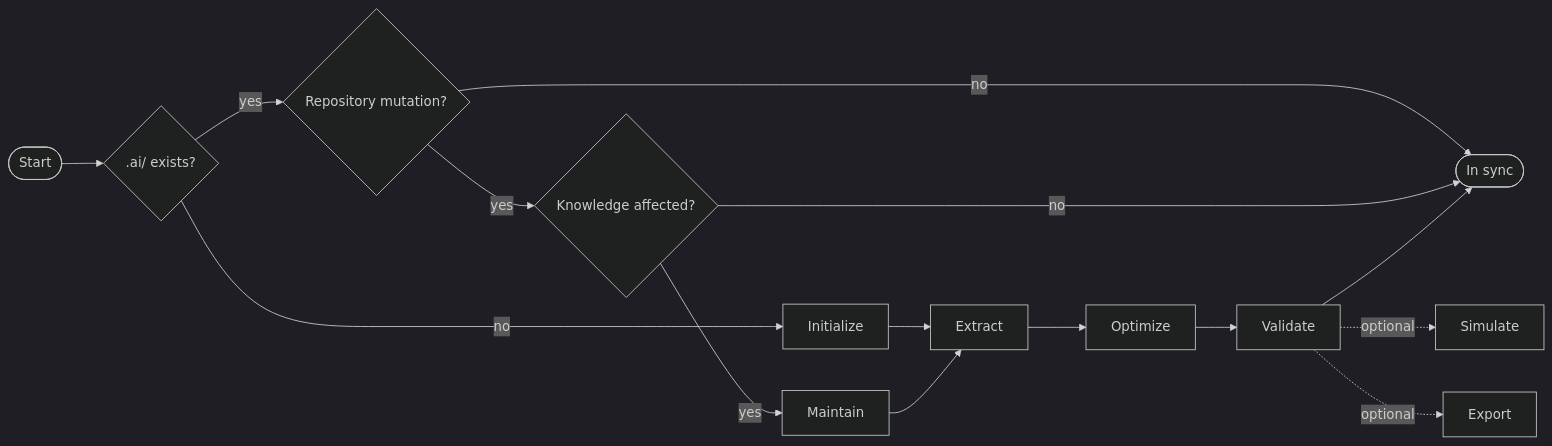
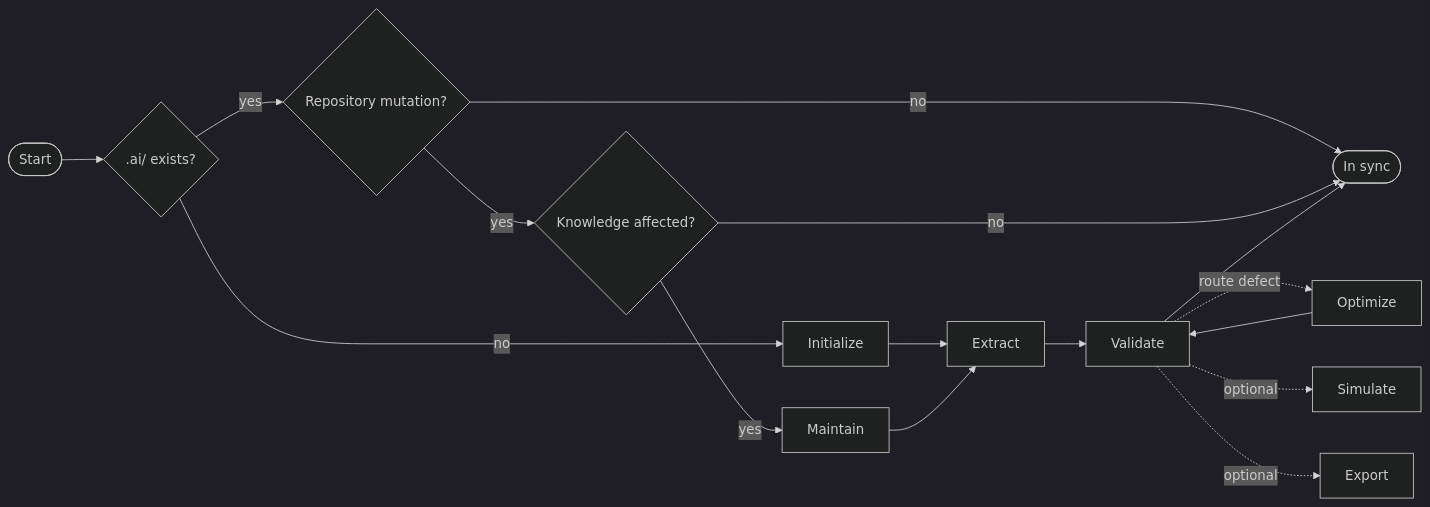
The diagram in README.md (duelistraj/token-atlas), drawn with Mermaid (dark theme) before and after one commit. The commit also changed other lines of this file and 22 other files, not shown here.

````diff
--- a/README.md
+++ b/README.md
@@ -90,15 +92,16 @@
 ```mermaid
 flowchart LR
     Start([Start]) --> Exists{".ai/ exists?"}
     Exists -- no --> Initialize
     Exists -- yes --> Mutated{Repository mutation?}
     Mutated -- no --> Done
     Mutated -- yes --> Closeout{Knowledge affected?}
     Initialize --> Extract
     Closeout -- no --> Done
     Closeout -- yes --> Maintain
     Maintain --> Extract
-    Extract --> Optimize --> Validate --> Done([In sync])
+    Extract --> Validate --> Done([In sync])
+    Validate -. route defect .-> Optimize --> Validate
     Validate -. optional .-> Simulate
     Validate -. optional .-> Export
 ```
````
